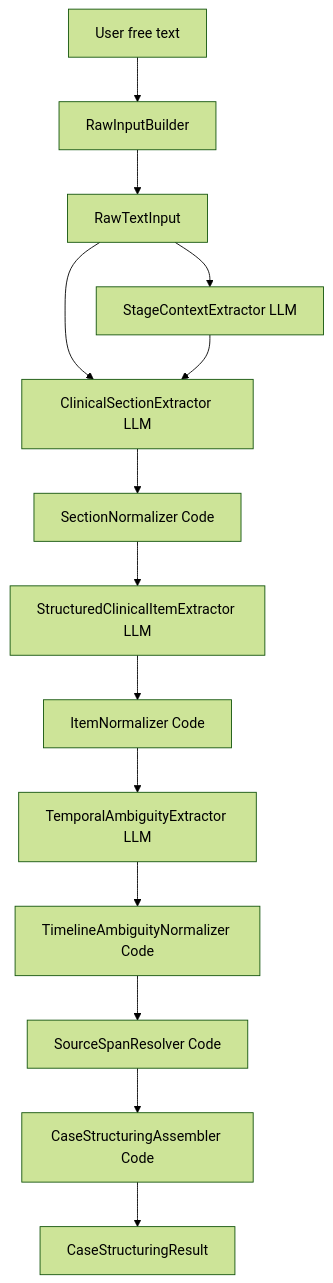
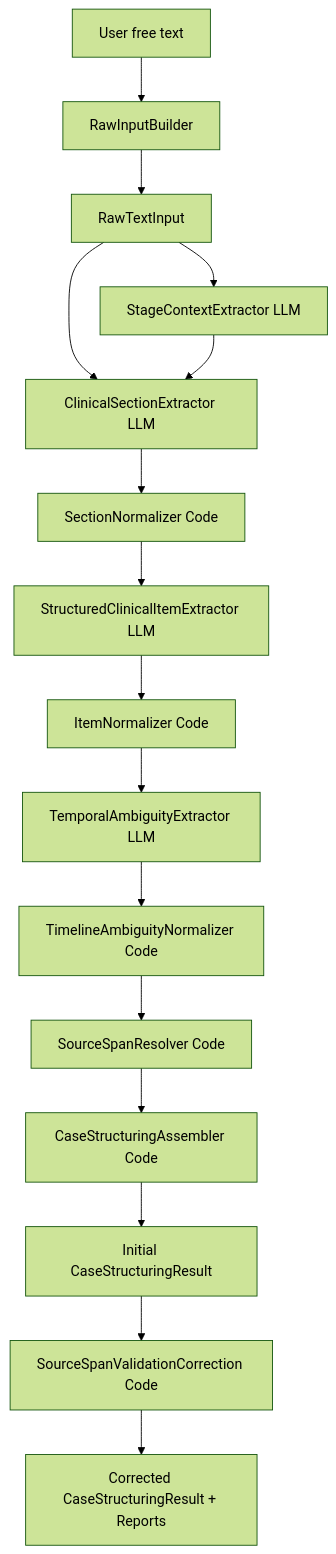
One commit to frankzhiy/MultiAgentLab_ILD changed the diagram in docs/case_structurer_teaching_guide.md. Above: the diagram before and after it, drawn with Mermaid (forest theme). The commit also changed other lines of this file and 44 other files, not shown here.

Commit message:
case_structurer的strict source_span validator

````diff
--- a/docs/case_structurer_teaching_guide.md
+++ b/docs/case_structurer_teaching_guide.md
@@ -717,16 +740,18 @@
 ```mermaid
 flowchart TD
     A[User free text] --> B[RawInputBuilder]
     B --> C[RawTextInput]
     C --> D[StageContextExtractor LLM]
     C --> E[ClinicalSectionExtractor LLM]
     D --> E
     E --> F[SectionNormalizer Code]
     F --> G[StructuredClinicalItemExtractor LLM]
     G --> H[ItemNormalizer Code]
     H --> I[TemporalAmbiguityExtractor LLM]
     I --> J[TimelineAmbiguityNormalizer Code]
     J --> K[SourceSpanResolver Code]
     K --> L[CaseStructuringAssembler Code]
-    L --> M[CaseStructuringResult]
+    L --> M[Initial CaseStructuringResult]
+    M --> N[SourceSpanValidationCorrection Code]
+    N --> O[Corrected CaseStructuringResult + Reports]
 ```
````
